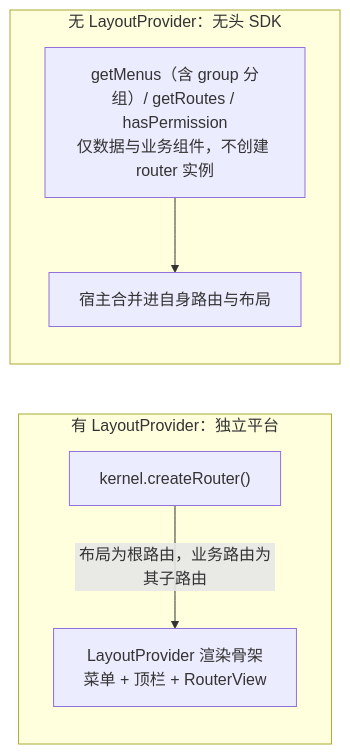
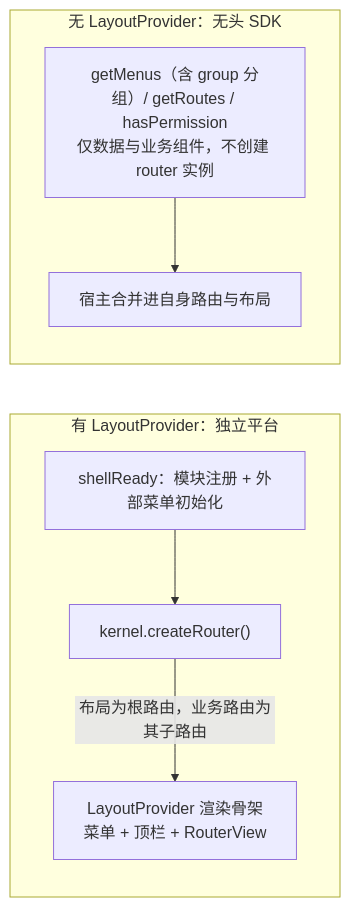
The second of 2 diagrams in README.md (HirongVSuen/kacean-admin), drawn with Mermaid before and after one commit. The commit also changed other lines of this file and 109 other files, not shown here.

````diff
--- a/README.md
+++ b/README.md
@@ -100,11 +108,12 @@
 ```mermaid
 flowchart LR
     subgraph Headed["有 LayoutProvider：独立平台"]
         direction TB
-        K1["kernel.createRouter()"] -->|"布局为根路由，业务路由为其子路由"| L1["LayoutProvider 渲染骨架<br/>菜单 + 顶栏 + RouterView"]
+        Ready["shellReady：模块注册 + 外部菜单初始化"] --> K1["kernel.createRouter()"]
+        K1 -->|"布局为根路由，业务路由为其子路由"| L1["LayoutProvider 渲染骨架<br/>菜单 + 顶栏 + RouterView"]
     end
     subgraph Headless["无 LayoutProvider：无头 SDK"]
         direction TB
         K2["getMenus（含 group 分组）/ getRoutes / hasPermission<br/>仅数据与业务组件，不创建 router 实例"] --> H2["宿主合并进自身路由与布局"]
     end
 ```
````
